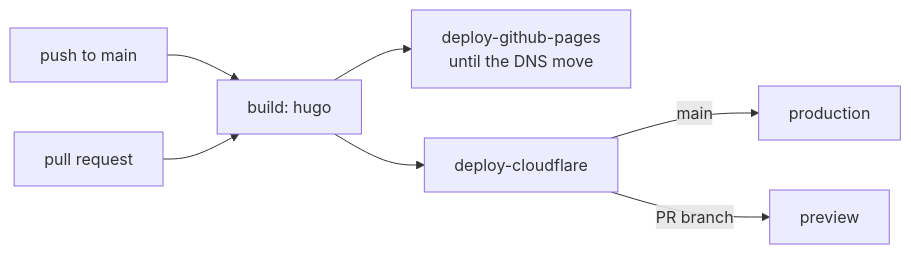
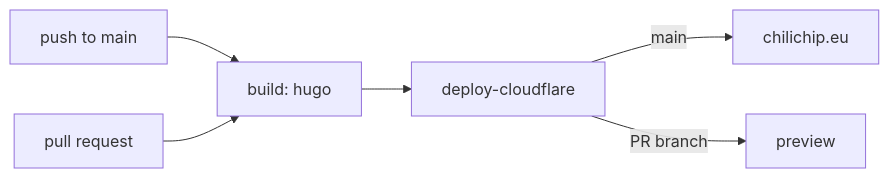
Before and after one commit to chili-chip/chili-website: the diagram in README.md, drawn with Mermaid. The commit also changed other lines of this file and 1 other file, not shown here.

First line of the commit message:
Stop deploying to GitHub Pages; chilichip.eu is on Cloudflare Pages (#75)

````diff
--- a/README.md
+++ b/README.md
@@ -70,9 +69,8 @@
 ```mermaid
 flowchart LR
   push[push to main] --> build[build: hugo]
   pr[pull request] --> build
-  build --> gh[deploy-github-pages<br/>until the DNS move]
   build --> cf[deploy-cloudflare]
-  cf -->|main| prod[production]
+  cf -->|main| prod[chilichip.eu]
   cf -->|PR branch| prev[preview]
 ```
````
